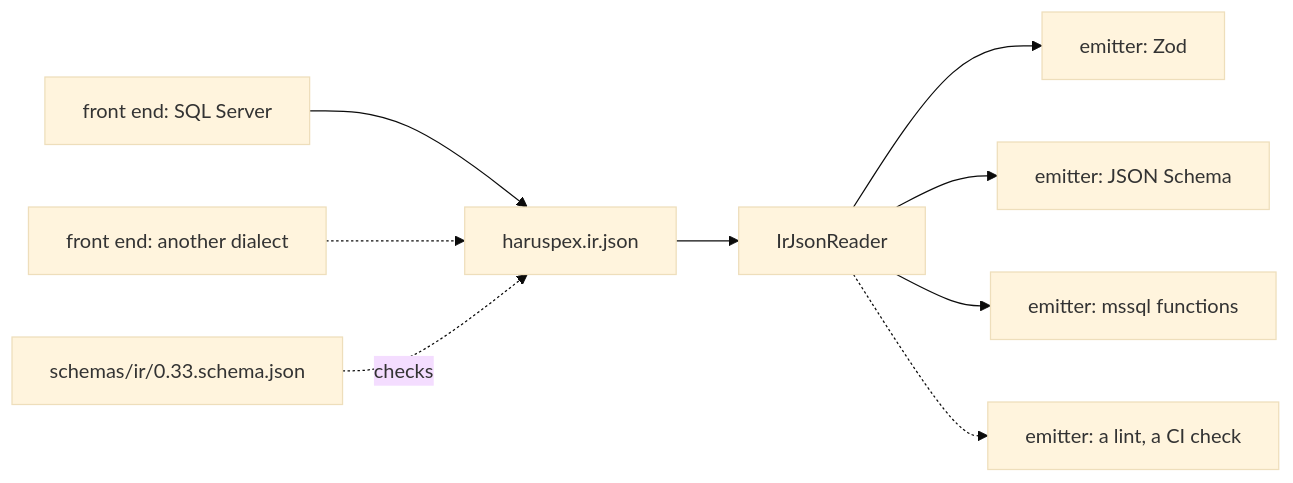
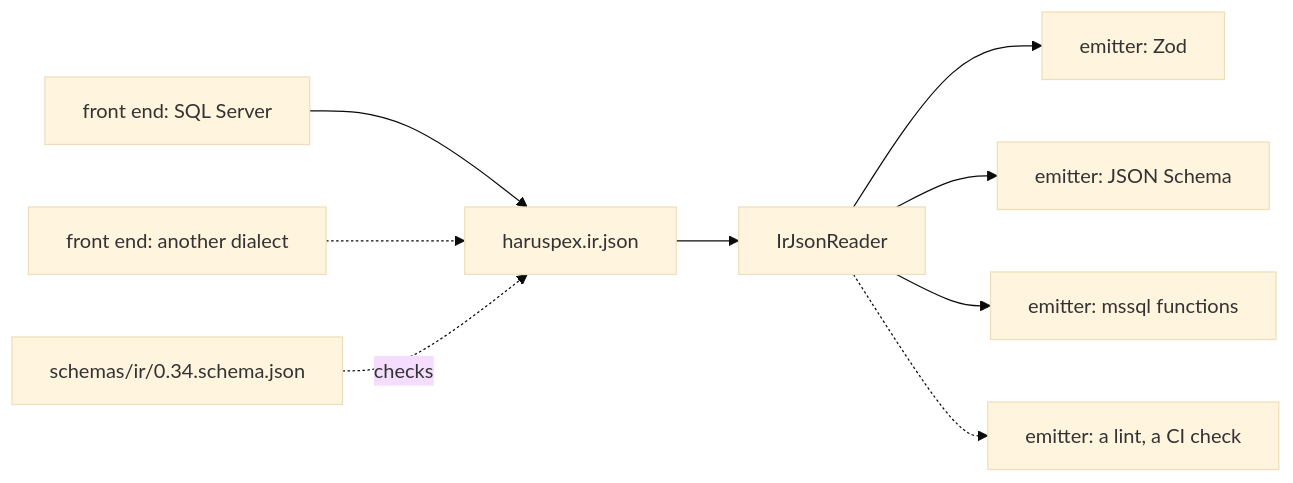
Before and after one commit to haruspex-tools/haruspex: the diagram in docs/internals/10-the-ir-as-a-contract.md, drawn with Mermaid (base theme). The commit also changed other lines of this file and 134 other files, not shown here.

````diff
--- a/docs/internals/10-the-ir-as-a-contract.md
+++ b/docs/internals/10-the-ir-as-a-contract.md
@@ -27,11 +27,11 @@
 ```mermaid
 flowchart LR
     tsql["front end: SQL Server"] --> file["haruspex.ir.json"]
     pg["front end: another dialect"] -.-> file
     file --> reader["IrJsonReader"]
     reader --> zod["emitter: Zod"]
     reader --> jsonSchema["emitter: JSON Schema"]
     reader --> mssql["emitter: mssql functions"]
     reader -.-> other["emitter: a lint, a CI check"]
-    schema["schemas/ir/0.33.schema.json"] -.->|checks| file
+    schema["schemas/ir/0.34.schema.json"] -.->|checks| file
 ```
````
